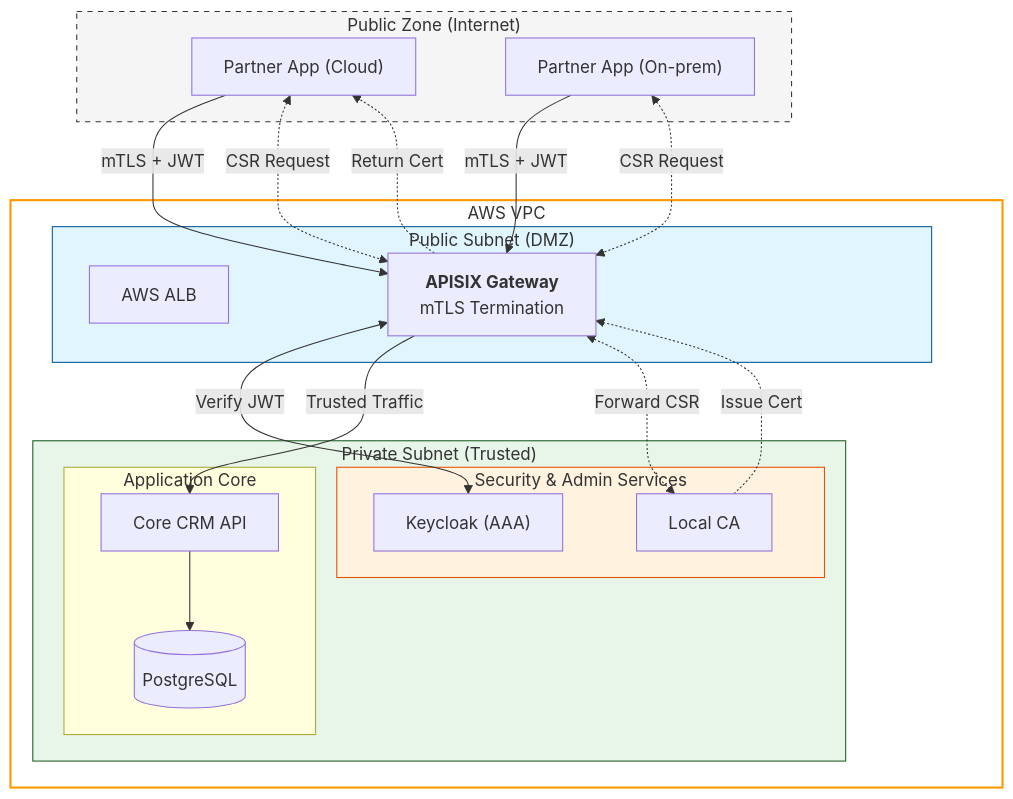
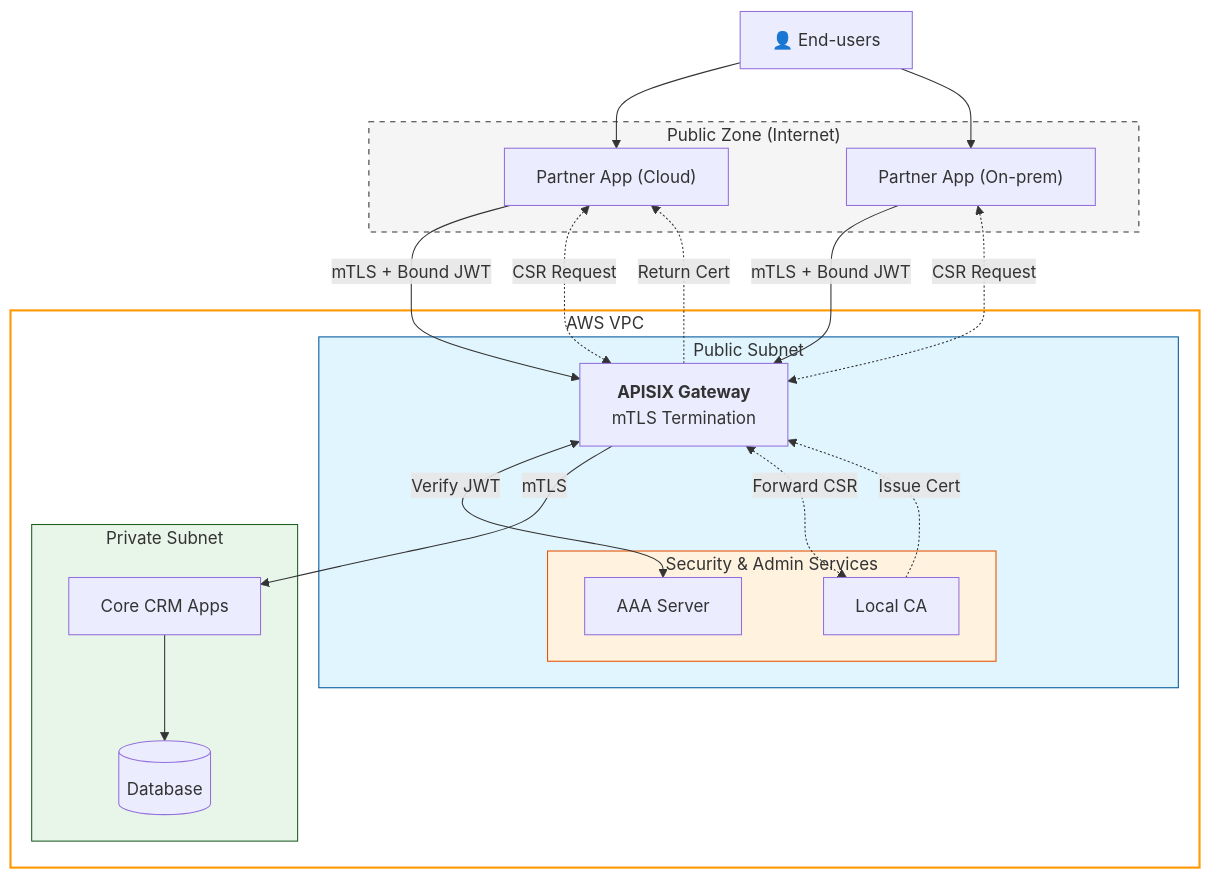
Before and after one commit to pxuanbach/Zero-Trust-API-Authentication: the second of 2 diagrams in docs/propose5.md, drawn with Mermaid. The commit also changed other lines of this file, not shown here.

````diff
--- a/docs/propose5.md
+++ b/docs/propose5.md
@@ -89,51 +93,52 @@
 ```mermaid
 ---
 config:
   layout: dagre
 ---
 flowchart TD
     subgraph PublicZone ["Public Zone (Internet)"]
         P1["Partner App (Cloud)"]
         P2["Partner App (On-prem)"]
     end
 
     subgraph AWS_VPC ["AWS VPC"]
-        subgraph PublicSubnet ["Public Subnet (DMZ)"]
-            ALB["AWS ALB"]
+        subgraph PublicSubnet ["Public Subnet"]
             APISIX["<b>APISIX Gateway</b><br/>mTLS Termination"]
+
+            subgraph Security_Admin ["Security & Admin Services"]
+                Keycloak["AAA Server"]
+                LocalCA["Local CA"]
+            end
         end
 
-        subgraph PrivateSubnet ["Private Subnet (Trusted)"]
-            subgraph Security_Admin ["Security & Admin Services"]
-                Keycloak["Keycloak (AAA)"]
-                LocalCA["Local CA"]
-            end
-
-            subgraph Application_Core ["Application Core"]
-                CoreCRM["Core CRM API"]
-                DB[("PostgreSQL")]
-            end
+        subgraph PrivateSubnet ["Private Subnet"]
+            CoreCRM["Core CRM Apps"]
+            DB[("Database")]
         end
     end
+    EndUser["👤 End-users"]
+
 
     %% Connections
-    P1 -- "mTLS + JWT" --> APISIX
-    P2 -- "mTLS + JWT" --> APISIX
+    P1 -- "mTLS + Bound JWT" --> APISIX
+    P2 -- "mTLS + Bound JWT" --> APISIX
 
+    EndUser --> P1
+    EndUser --> P2
     APISIX <-->|"Verify JWT"| Keycloak
-    APISIX -- "Trusted Traffic" --> CoreCRM
+    APISIX -- "mTLS" --> CoreCRM
     CoreCRM --> DB
 
     %% Certificate Issuance via Proxy
     P1 <-. "CSR Request" .-> APISIX
     P2 <-. "CSR Request" .-> APISIX
     APISIX <-. "Forward CSR" .-> LocalCA
     LocalCA -. "Issue Cert" .-> APISIX
     APISIX -. "Return Cert" .-> P1
 
     style PublicZone fill:#f5f5f5,stroke:#333,stroke-dasharray: 5 5
     style AWS_VPC fill:#fff,stroke:#ff9900,stroke-width:2px
     style PublicSubnet fill:#e1f5fe,stroke:#01579b
     style PrivateSubnet fill:#e8f5e9,stroke:#1b5e20
     style Security_Admin fill:#fff3e0,stroke:#e65100
 ```
````
